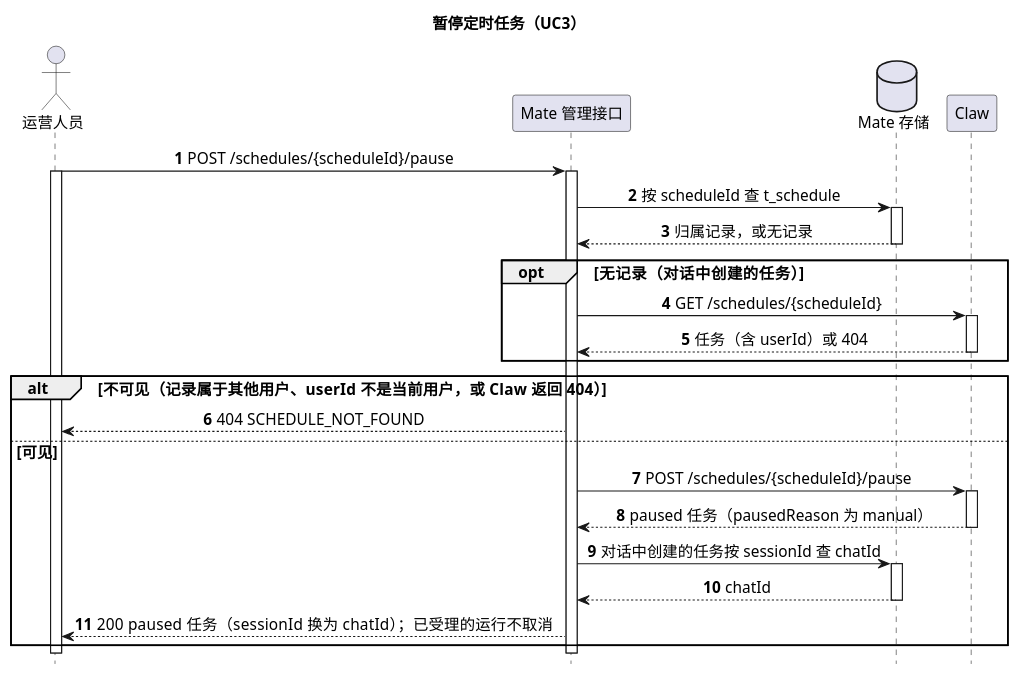
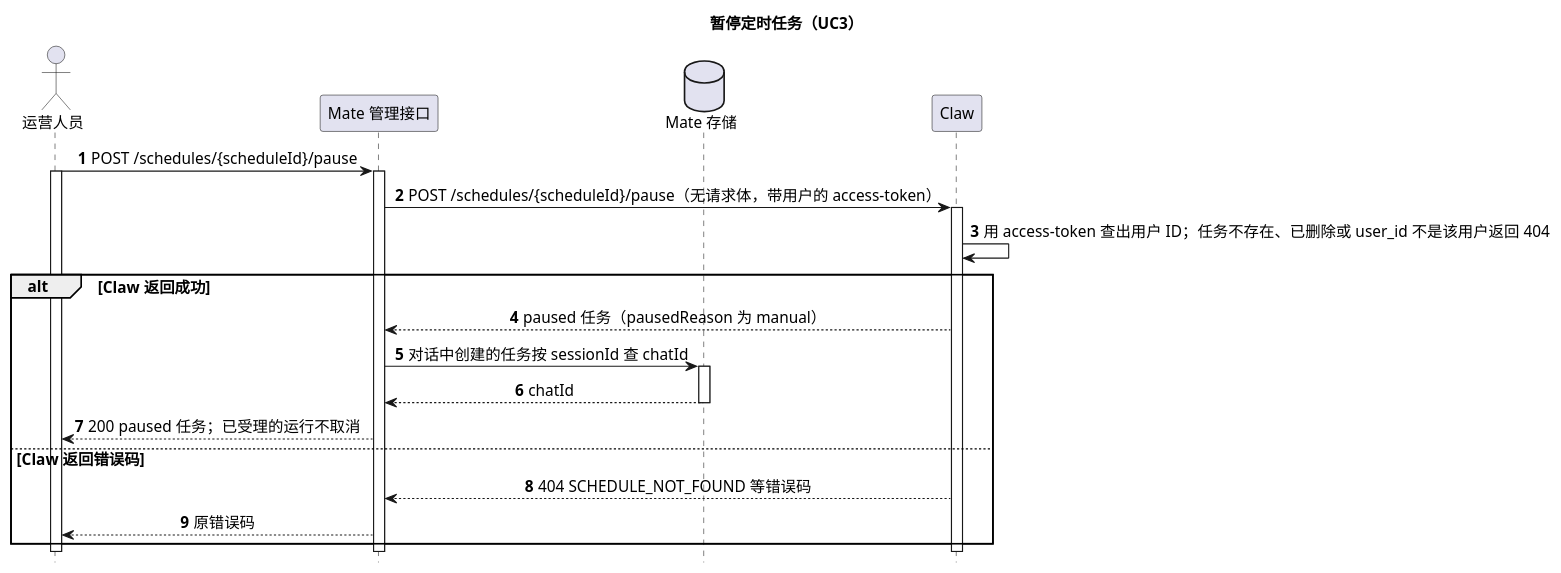
Before and after one commit to ssm0808/pi-mono-java-design: the tenth of 14 diagrams in 02-服务与接口/08-CampusMate定时任务/diagram.puml, drawn with PlantUML. The commit also changed other lines of this file and 32 other files, not shown here.

First line of the commit message:
定时任务：去掉 Mate t_schedule，任务归属只在 Claw user_id

```diff
--- a/02-服务与接口/08-CampusMate定时任务/diagram.puml
+++ b/02-服务与接口/08-CampusMate定时任务/diagram.puml
@@ -407,35 +359,32 @@
 @startuml mate_schedule_pause
 ' 目标：待实现；UC3 暂停定时任务。
-' Claw 接口：POST /campusclaw-service/v1/schedules/{scheduleId}/pause，见 01-总体架构/08-CampusClaw定时任务/README.md 第 4.4.8 节。
+' Claw 接口：POST /campusclaw-service/v1/schedules/{scheduleId}/pause，见 01-总体架构/08-CampusClaw定时任务/README.md 第 4.4.8 节；按用户查询见第 4.8.3 节。
 ' mate-service 源码未核验；用户认证与权限由 Mate 框架按 access-token 在进入管理接口前完成，不在本图中。
-' 表达方式：画可见性检查与转发；无请求体，超时或断连返回 503 并由页面读取详情核对。
+' 表达方式：归属检查与暂停在 Claw 同一事务内；超时或断连返回 503 并由页面读取详情核对。
 title 暂停定时任务（UC3）
 hide footbox
 skinparam backgroundColor white
 skinparam defaultFontSize 14
 skinparam sequenceMessageAlign center
 actor "运营人员" as Operator
 participant "Mate 管理接口" as Mate
 database "Mate 存储" as MateStore
 participant "Claw" as Claw
 autonumber
 Operator -> Mate ++ : POST /schedules/{scheduleId}/pause
 activate Operator
-Mate -> MateStore ++ : 按 scheduleId 查 t_schedule
-return 归属记录，或无记录
-opt 无记录（对话中创建的任务）
-  Mate -> Claw ++ : GET /schedules/{scheduleId}
-  return 任务（含 userId）或 404
-end
-alt 不可见（记录属于其他用户、userId 不是当前用户，或 Claw 返回 404）
-  Mate --> Operator : 404 SCHEDULE_NOT_FOUND
-else 可见
-  Mate -> Claw ++ : POST /schedules/{scheduleId}/pause
-  return paused 任务（pausedReason 为 manual）
+Mate -> Claw ++ : POST /schedules/{scheduleId}/pause（无请求体，带用户的 access-token）
+Claw -> Claw : 用 access-token 查出用户 ID；任务不存在、已删除或 user_id 不是该用户返回 404
+alt Claw 返回成功
+  Claw --> Mate : paused 任务（pausedReason 为 manual）
   Mate -> MateStore ++ : 对话中创建的任务按 sessionId 查 chatId
   return chatId
-  Mate --> Operator : 200 paused 任务（sessionId 换为 chatId）；已受理的运行不取消
+  Mate --> Operator : 200 paused 任务；已受理的运行不取消
+else Claw 返回错误码
+  Claw --> Mate : 404 SCHEDULE_NOT_FOUND 等错误码
+  Mate --> Operator : 原错误码
 end
+deactivate Claw
 deactivate Mate
 deactivate Operator
 @enduml
```
